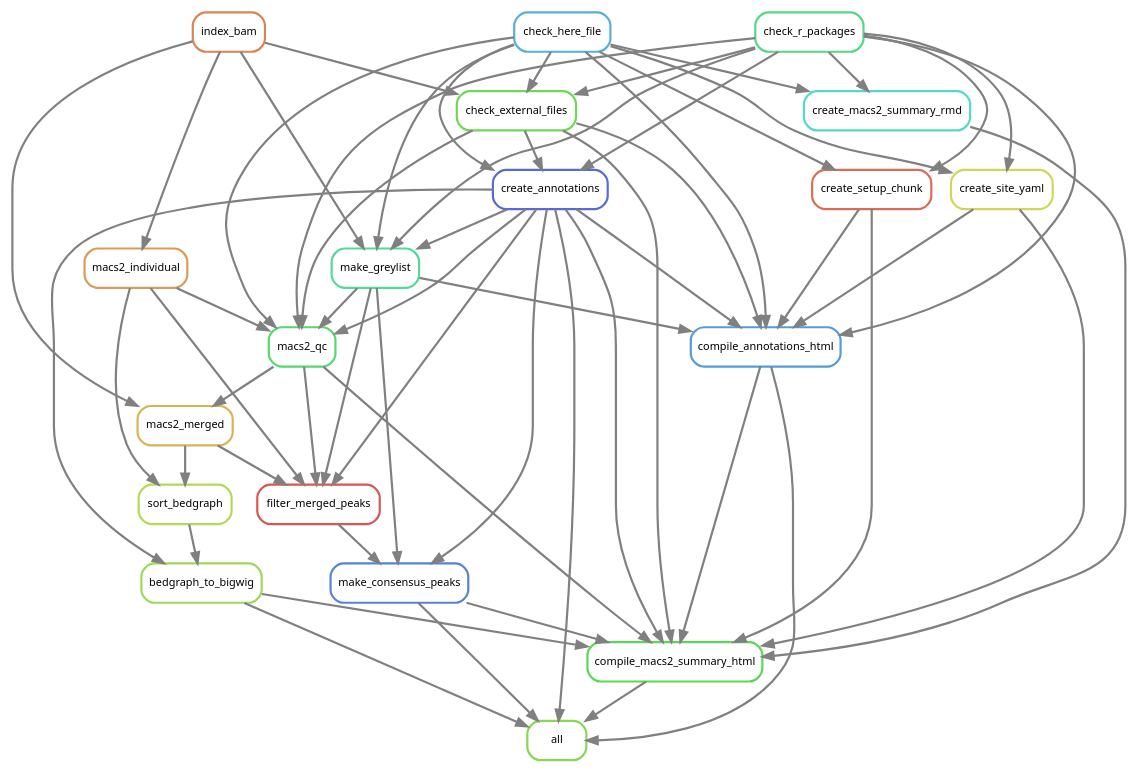
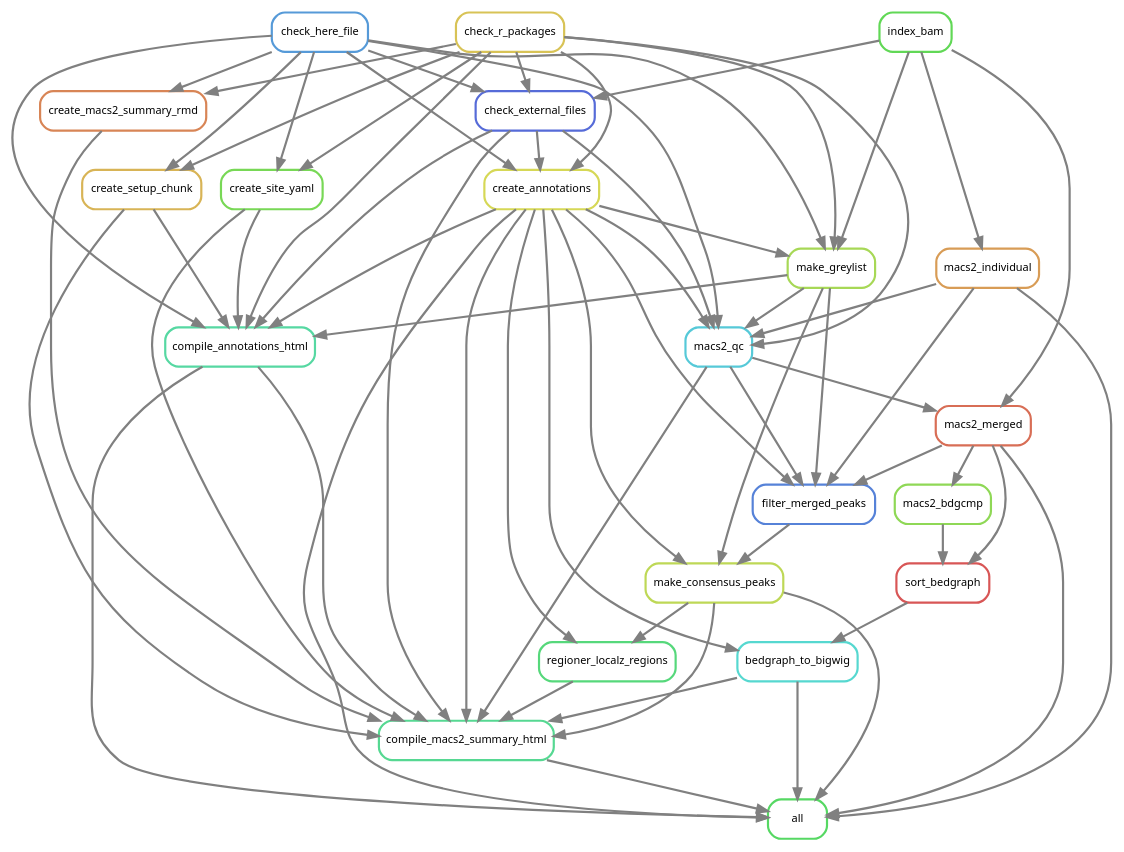
The diagram in workflow/rules/rulegraph.dot (smped/GRAVI), drawn with Graphviz before and after one commit. The commit also changed 2 other files, not shown here.

```diff
--- a/workflow/rules/rulegraph.dot
+++ b/workflow/rules/rulegraph.dot
@@ -1,82 +1,90 @@
 digraph snakemake_dag {
     graph[bgcolor=white, margin=0];
     node[shape=box, style=rounded, fontname=sans,                 fontsize=10, penwidth=2];
     edge[penwidth=2, color=grey];
-	0[label = "all", color = "0.27 0.6 0.85", style="rounded"];
-	1[label = "compile_annotations_html", color = "0.58 0.6 0.85", style="rounded"];
-	2[label = "check_here_file", color = "0.55 0.6 0.85", style="rounded"];
-	3[label = "check_r_packages", color = "0.39 0.6 0.85", style="rounded"];
-	4[label = "check_external_files", color = "0.30 0.6 0.85", style="rounded"];
-	5[label = "index_bam", color = "0.06 0.6 0.85", style="rounded"];
-	6[label = "make_greylist", color = "0.42 0.6 0.85", style="rounded"];
-	7[label = "create_annotations", color = "0.64 0.6 0.85", style="rounded"];
-	8[label = "create_setup_chunk", color = "0.03 0.6 0.85", style="rounded"];
-	9[label = "create_site_yaml", color = "0.18 0.6 0.85", style="rounded"];
-	10[label = "compile_macs2_summary_html", color = "0.33 0.6 0.85", style="rounded"];
-	11[label = "bedgraph_to_bigwig", color = "0.24 0.6 0.85", style="rounded"];
-	12[label = "sort_bedgraph", color = "0.21 0.6 0.85", style="rounded"];
-	13[label = "macs2_merged", color = "0.12 0.6 0.85", style="rounded"];
-	14[label = "macs2_qc", color = "0.36 0.6 0.85", style="rounded"];
+	0[label = "all", color = "0.35 0.6 0.85", style="rounded"];
+	1[label = "compile_annotations_html", color = "0.43 0.6 0.85", style="rounded"];
+	2[label = "check_here_file", color = "0.58 0.6 0.85", style="rounded"];
+	3[label = "check_r_packages", color = "0.14 0.6 0.85", style="rounded"];
+	4[label = "check_external_files", color = "0.64 0.6 0.85", style="rounded"];
+	5[label = "index_bam", color = "0.32 0.6 0.85", style="rounded"];
+	6[label = "make_greylist", color = "0.23 0.6 0.85", style="rounded"];
+	7[label = "create_annotations", color = "0.17 0.6 0.85", style="rounded"];
+	8[label = "create_setup_chunk", color = "0.12 0.6 0.85", style="rounded"];
+	9[label = "create_site_yaml", color = "0.29 0.6 0.85", style="rounded"];
+	10[label = "compile_macs2_summary_html", color = "0.41 0.6 0.85", style="rounded"];
+	11[label = "bedgraph_to_bigwig", color = "0.49 0.6 0.85", style="rounded"];
+	12[label = "sort_bedgraph", color = "0.00 0.6 0.85", style="rounded"];
+	13[label = "macs2_merged", color = "0.03 0.6 0.85", style="rounded"];
+	14[label = "macs2_qc", color = "0.52 0.6 0.85", style="rounded"];
 	15[label = "macs2_individual", color = "0.09 0.6 0.85", style="rounded"];
-	16[label = "make_consensus_peaks", color = "0.61 0.6 0.85", style="rounded"];
-	17[label = "filter_merged_peaks", color = "0.00 0.6 0.85", style="rounded"];
-	18[label = "create_macs2_summary_rmd", color = "0.48 0.6 0.85", style="rounded"];
+	16[label = "make_consensus_peaks", color = "0.20 0.6 0.85", style="rounded"];
+	17[label = "filter_merged_peaks", color = "0.61 0.6 0.85", style="rounded"];
+	18[label = "regioner_localz_regions", color = "0.38 0.6 0.85", style="rounded"];
+	19[label = "create_macs2_summary_rmd", color = "0.06 0.6 0.85", style="rounded"];
+	20[label = "macs2_bdgcmp", color = "0.26 0.6 0.85", style="rounded"];
+	11 -> 0
+	13 -> 0
+	7 -> 0
+	16 -> 0
+	10 -> 0
 	1 -> 0
-	11 -> 0
-	10 -> 0
-	16 -> 0
-	7 -> 0
+	15 -> 0
+	7 -> 1
+	9 -> 1
 	6 -> 1
 	2 -> 1
-	9 -> 1
 	8 -> 1
+	3 -> 1
 	4 -> 1
-	3 -> 1
-	7 -> 1
-	5 -> 4
 	3 -> 4
 	2 -> 4
+	5 -> 4
+	7 -> 6
+	3 -> 6
+	2 -> 6
 	5 -> 6
-	3 -> 6
-	7 -> 6
-	2 -> 6
 	4 -> 7
 	3 -> 7
 	2 -> 7
 	3 -> 8
 	2 -> 8
 	3 -> 9
 	2 -> 9
+	11 -> 10
+	7 -> 10
+	16 -> 10
+	18 -> 10
 	9 -> 10
+	14 -> 10
+	19 -> 10
 	1 -> 10
-	11 -> 10
 	8 -> 10
-	18 -> 10
 	4 -> 10
-	14 -> 10
-	16 -> 10
-	7 -> 10
 	12 -> 11
 	7 -> 11
 	13 -> 12
-	15 -> 12
+	20 -> 12
+	14 -> 13
 	5 -> 13
-	14 -> 13
+	7 -> 14
 	6 -> 14
 	2 -> 14
-	4 -> 14
 	15 -> 14
 	3 -> 14
-	7 -> 14
+	4 -> 14
 	5 -> 15
 	6 -> 16
 	17 -> 16
 	7 -> 16
-	6 -> 17
 	13 -> 17
+	7 -> 17
 	14 -> 17
 	15 -> 17
-	7 -> 17
-	3 -> 18
-	2 -> 18
+	6 -> 17
+	7 -> 18
+	16 -> 18
+	3 -> 19
+	2 -> 19
+	13 -> 20
 }            
```
